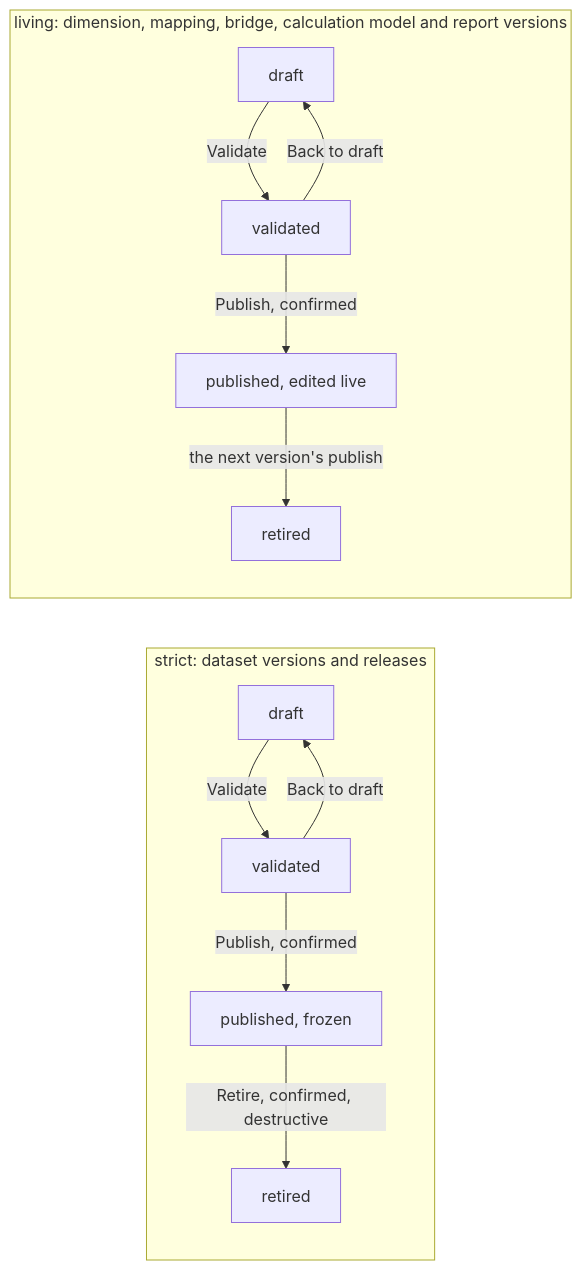
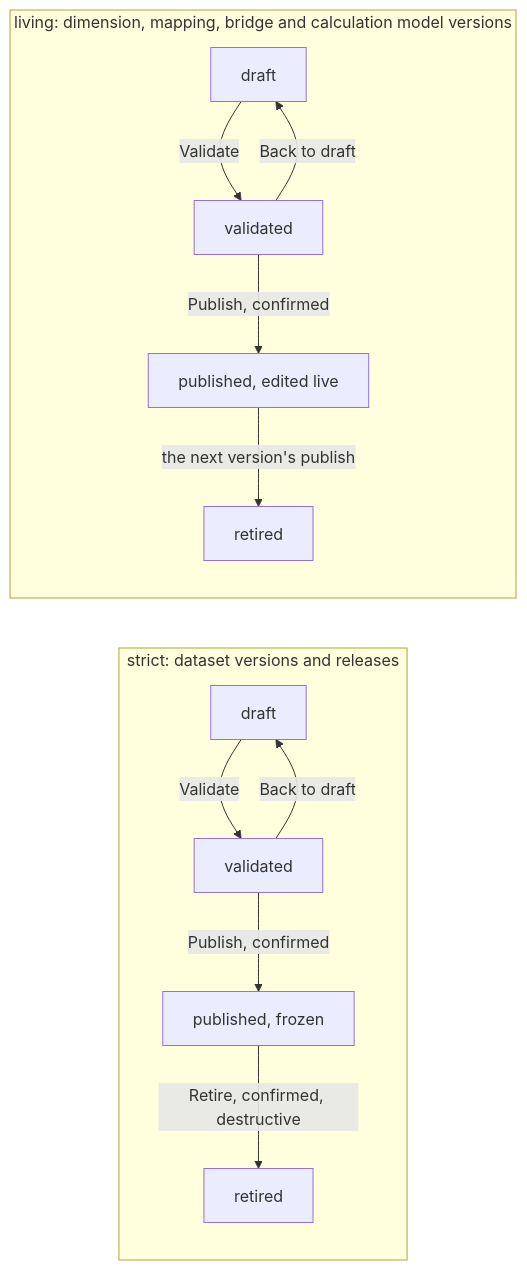
Before and after one commit to chrisaliotta/Quantalytix.QueryEngine.Admin: the fifth of 9 diagrams in web/docs/architecture/03-how-it-works.md, drawn with Mermaid. The commit also changed other lines of this file and 373 other files, not shown here.

First line of the commit message:
feat: update API documentation and architecture for versioning and report handling

````diff
--- a/web/docs/architecture/03-how-it-works.md
+++ b/web/docs/architecture/03-how-it-works.md
@@ -236,23 +235,23 @@
 ```mermaid
 flowchart LR
     subgraph strict ["strict: dataset versions and releases"]
         Draft["draft"]
         Validated["validated"]
         Published["published, frozen"]
         Retired["retired"]
         Draft -->|"Validate"| Validated
         Validated -->|"Back to draft"| Draft
         Validated -->|"Publish, confirmed"| Published
         Published -->|"Retire, confirmed, destructive"| Retired
     end
-    subgraph living ["living: dimension, mapping, bridge, calculation model and report versions"]
+    subgraph living ["living: dimension, mapping, bridge and calculation model versions"]
         LivingDraft["draft"]
         LivingValidated["validated"]
         LivingPublished["published, edited live"]
         LivingRetired["retired"]
         LivingDraft -->|"Validate"| LivingValidated
         LivingValidated -->|"Back to draft"| LivingDraft
         LivingValidated -->|"Publish, confirmed"| LivingPublished
         LivingPublished -->|"the next version's publish"| LivingRetired
     end
 ```
````
